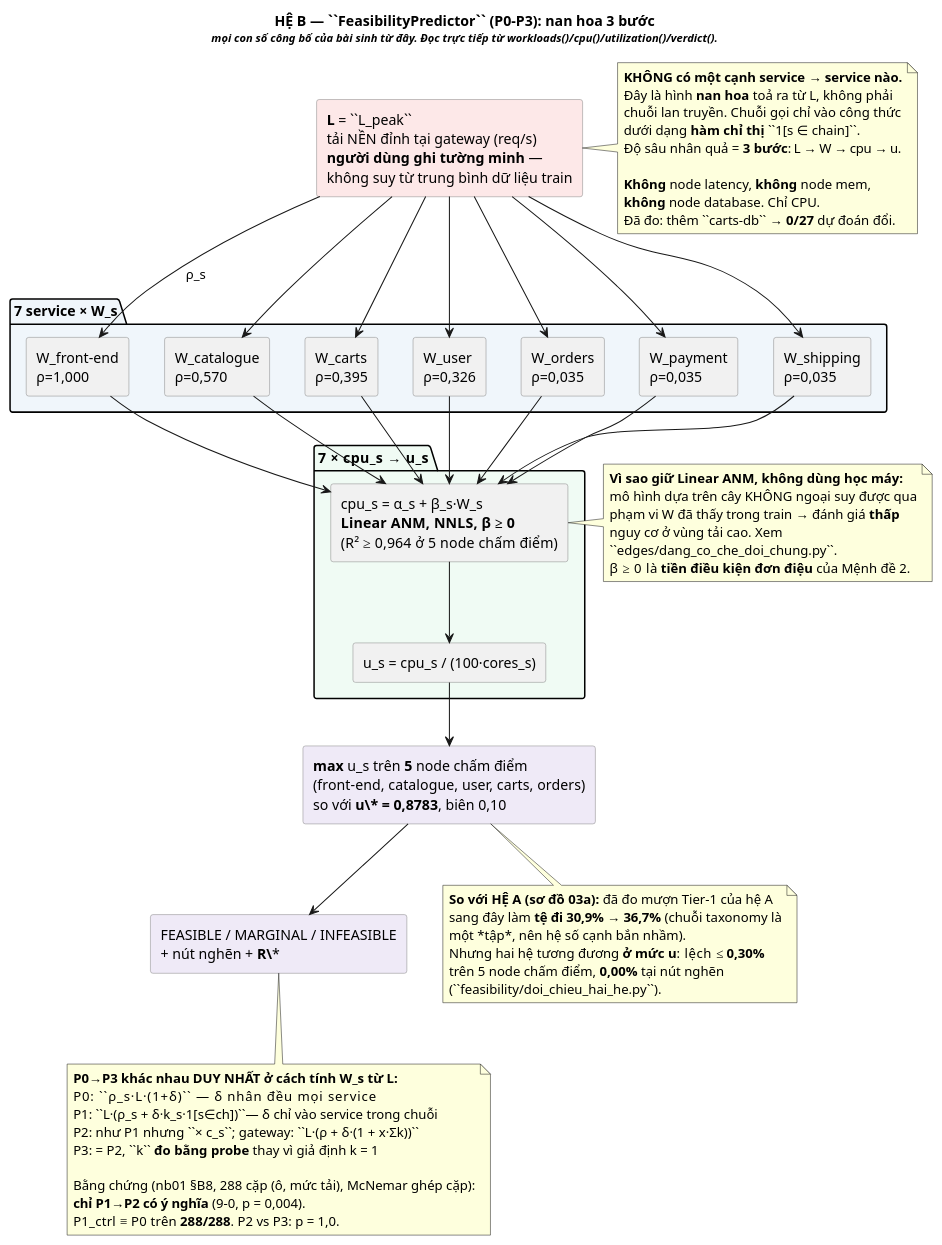
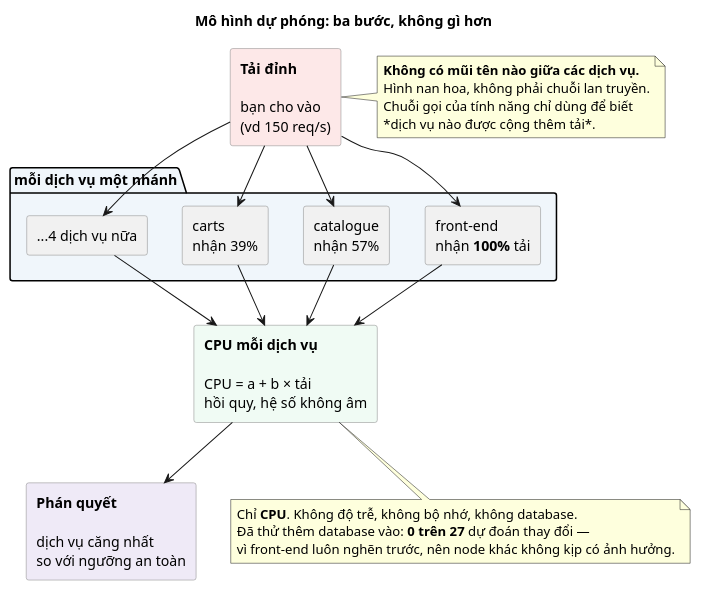
Before and after one commit to kkyaha/NCKH: the diagram in papers/p1_du_phong/docs/figures/puml/21_he_B_nan_hoa.puml, drawn with PlantUML. The commit also changed 20 other files, not shown here.

Commit message:
feat: add RQ3 LLM parser benchmark report, LaTeX tables, and PlantUML diagrams for p1_du_phong

```diff
--- a/papers/p1_du_phong/docs/figures/puml/21_he_B_nan_hoa.puml
+++ b/papers/p1_du_phong/docs/figures/puml/21_he_B_nan_hoa.puml
@@ -1,88 +1,44 @@
 @startuml
-' MOTA: HỆ B — FeasibilityPredictor (P0–P3): nan hoa 3 bước. ĐÂY là nơi sinh mọi số của bài.
+' MOTA: Khối 2 — mô hình khả thi: ba bước, một loại tài nguyên, không cạnh giữa các dịch vụ
 skinparam defaultFontName Helvetica
 skinparam shadowing false
 skinparam rectangle {
   BorderColor #888888
 }
-title HỆ B — ``FeasibilityPredictor`` (P0–P3): **nan hoa 3 bước**\n<size:11><i>mọi con số công bố của bài sinh từ đây. Đọc trực tiếp từ workloads()/cpu()/utilization()/verdict().</i></size>
+title Mô hình dự phóng: **ba bước**, không gì hơn
 
-rectangle "**L** = ``L_peak``\ntải NỀN đỉnh tại gateway (req/s)\n**người dùng ghi tường minh** —\nkhông suy từ trung bình dữ liệu train" as L #FDE8E8
+rectangle "**Tải đỉnh**\n\nbạn cho vào\n(vd 150 req/s)" as L #FDE8E8
 
-package "7 service × W_s" #F0F6FB {
-  rectangle "W_front-end\nρ=1,000" as Wfe
-  rectangle "W_catalogue\nρ=0,570" as Wca
-  rectangle "W_carts\nρ=0,395" as Wcr
-  rectangle "W_user\nρ=0,326" as Wus
-  rectangle "W_orders\nρ=0,035" as Wor
-  rectangle "W_payment\nρ=0,035" as Wpa
-  rectangle "W_shipping\nρ=0,035" as Wsh
+package "mỗi dịch vụ một nhánh" #F0F6FB {
+  rectangle "front-end\nnhận **100%** tải" as A
+  rectangle "catalogue\nnhận 57%" as B
+  rectangle "carts\nnhận 39%" as C
+  rectangle "...4 dịch vụ nữa" as D
 }
-package "7 × cpu_s  →  u_s" #F0FBF4 {
-  rectangle "cpu_s = α_s + β_s·W_s\n**Linear ANM, NNLS, β ≥ 0**\n(R² ≥ 0,964 ở 5 node chấm điểm)" as CPU
-  rectangle "u_s = cpu_s / (100·cores_s)" as U
-}
-rectangle "**max** u_s trên **5** node chấm điểm\n(front-end, catalogue, user, carts, orders)\nso với **u\* = 0,8783**, biên 0,10" as V #EFEAF7
-rectangle "FEASIBLE / MARGINAL / INFEASIBLE\n+ nút nghẽn + **R\***" as OUT #EFEAF7
 
-L --> Wfe : ρ_s
-L --> Wca
-L --> Wcr
-L --> Wus
-L --> Wor
-L --> Wpa
-L --> Wsh
-Wfe --> CPU
-Wca --> CPU
-Wcr --> CPU
-Wus --> CPU
-Wor --> CPU
-Wpa --> CPU
-Wsh --> CPU
-CPU --> U
-U --> V
-V --> OUT
+rectangle "**CPU mỗi dịch vụ**\n\nCPU = a + b × tải\nhồi quy, hệ số không âm" as E #F0FBF4
+rectangle "**Phán quyết**\n\ndịch vụ căng nhất\nso với ngưỡng an toàn" as F #EFEAF7
+
+L --> A
+L --> B
+L --> C
+L --> D
+A --> E
+B --> E
+C --> E
+D --> E
+E --> F
 
 note right of L
-  **KHÔNG có một cạnh service → service nào.**
-  Đây là hình **nan hoa** toả ra từ L, không phải
-  chuỗi lan truyền. Chuỗi gọi chỉ vào công thức
-  dưới dạng **hàm chỉ thị** ``1[s ∈ chain]``.
-  Độ sâu nhân quả = **3 bước**: L → W → cpu → u.
-
-  **Không** node latency, **không** node mem,
-  **không** node database. Chỉ CPU.
-  Đã đo: thêm ``carts-db`` → **0/27** dự đoán đổi.
+  **Không có mũi tên nào giữa các dịch vụ.**
+  Hình nan hoa, không phải chuỗi lan truyền.
+  Chuỗi gọi của tính năng chỉ dùng để biết
+  *dịch vụ nào được cộng thêm tải*.
 end note
 
-note bottom of OUT
-  **P0→P3 khác nhau DUY NHẤT ở cách tính W_s từ L:**
-  P0: ``ρ_s·L·(1+δ)``            — δ nhân đều mọi service
-  P1: ``L·(ρ_s + δ·k_s·1[s∈ch])``— δ chỉ vào service trong chuỗi
-  P2: như P1 nhưng ``× c_s``; gateway: ``L·(ρ + δ·(1 + x·Σk))``
-  P3: = P2, ``k`` **đo bằng probe** thay vì giả định k = 1
-
-  Bằng chứng (nb01 §B8, 288 cặp (ô, mức tải), McNemar ghép cặp):
-  **chỉ P1→P2 có ý nghĩa** (9–0, p = 0,004).
-  P1_ctrl ≡ P0 trên **288/288**. P2 vs P3: p = 1,0.
+note bottom of E
+  Chỉ **CPU**. Không độ trễ, không bộ nhớ, không database.
+  Đã thử thêm database vào: **0 trên 27** dự đoán thay đổi —
+  vì front-end luôn nghẽn trước, nên node khác không kịp có ảnh hưởng.
 end note
-
-note left of CPU
-  **Vì sao giữ Linear ANM, không dùng học máy:**
-  mô hình dựa trên cây KHÔNG ngoại suy được qua
-  phạm vi W đã thấy trong train → đánh giá **thấp**
-  nguy cơ ở vùng tải cao. Xem
-  ``edges/dang_co_che_doi_chung.py``.
-  β ≥ 0 là **tiền điều kiện đơn điệu** của Mệnh đề 2.
-end note
-
-note as SO_SANH
-  **So với HỆ A (sơ đồ 03a):** đã đo mượn Tier-1 của hệ A
-  sang đây làm **tệ đi 30,9% → 36,7%** (chuỗi taxonomy là
-  một *tập*, nên hệ số cạnh bắn nhầm).
-  Nhưng hai hệ tương đương **ở mức u**: lệch ≤ **0,30%**
-  trên 5 node chấm điểm, **0,00%** tại nút nghẽn
-  (``feasibility/doi_chieu_hai_he.py``).
-end note
-V .. SO_SANH
 @enduml
```
